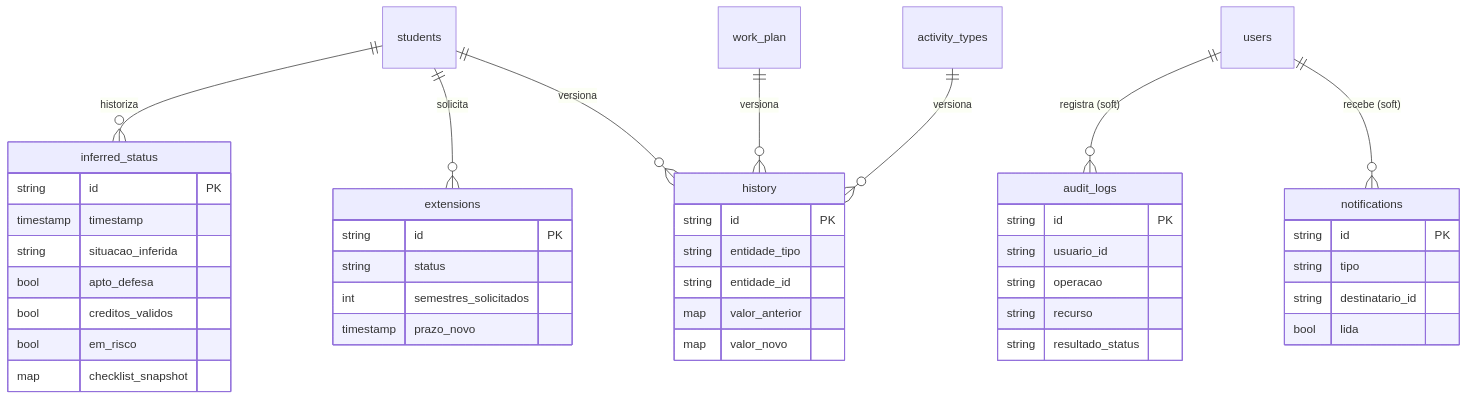
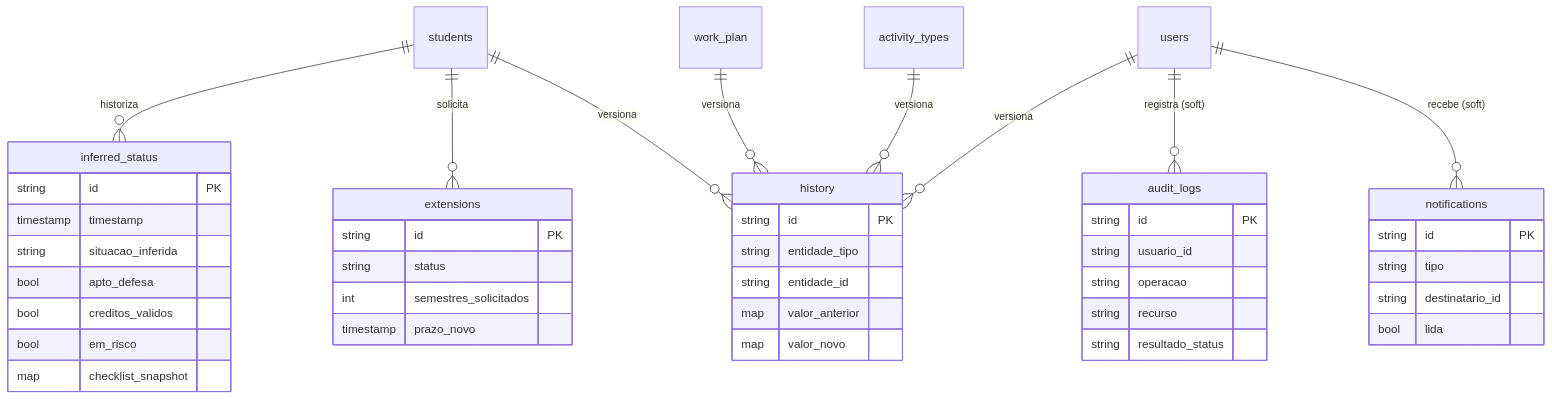
One commit to PPrauchner/SAGA-Sistema-de-Acompanhamento-e-Gestao-Academica changed the fifth of 5 diagrams in docs/data-model.md. Above: the diagram before and after it, drawn with Mermaid. The commit also changed other lines of this file, not shown here.

First line of the commit message:
docs(data-model): adiciona users como parent de history

````diff
--- a/docs/data-model.md
+++ b/docs/data-model.md
@@ -562,46 +562,47 @@
 ```mermaid
 erDiagram
     students ||--o{ inferred_status : historiza
     students ||--o{ extensions : solicita
     students ||--o{ history : versiona
     work_plan ||--o{ history : versiona
     activity_types ||--o{ history : versiona
+    users ||--o{ history : versiona
     users ||--o{ audit_logs : "registra (soft)"
     users ||--o{ notifications : "recebe (soft)"
 
     inferred_status {
         string id PK
         timestamp timestamp
         string situacao_inferida
         bool apto_defesa
         bool creditos_validos
         bool em_risco
         map checklist_snapshot
     }
     extensions {
         string id PK
         string status
         int semestres_solicitados
         timestamp prazo_novo
     }
     history {
         string id PK
         string entidade_tipo
         string entidade_id
         map valor_anterior
         map valor_novo
     }
     audit_logs {
         string id PK
         string usuario_id
         string operacao
         string recurso
         string resultado_status
     }
     notifications {
         string id PK
         string tipo
         string destinatario_id
         bool lida
     }
 ```
````
